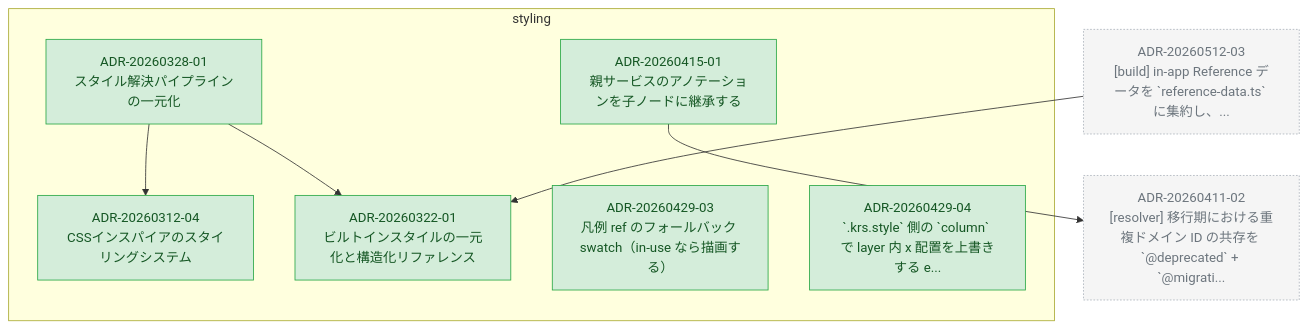
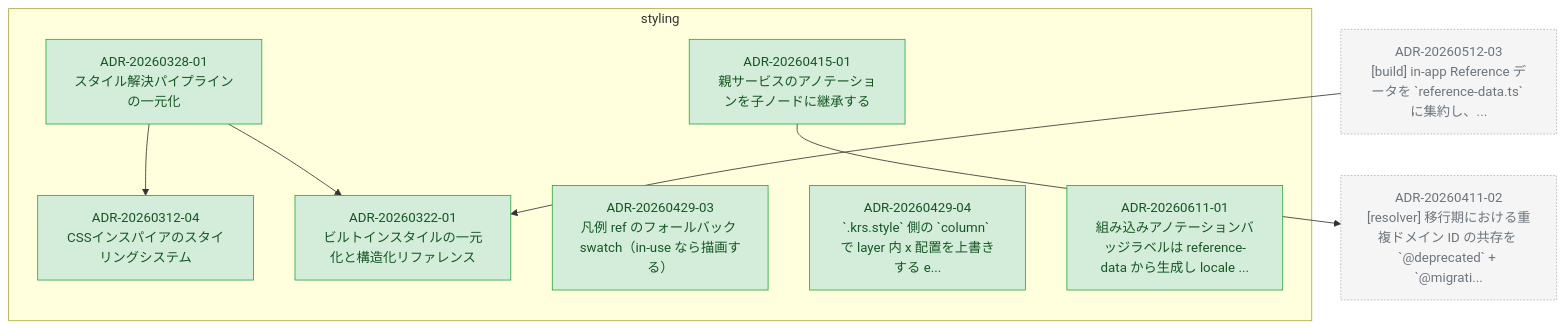
One commit to kompiro/karasu changed the diagram in docs/adr/graph/styling.md. Above: the diagram before and after it, drawn with Mermaid. The commit also changed other lines of this file and 5 other files, not shown here.

````diff
--- a/docs/adr/graph/styling.md
+++ b/docs/adr/graph/styling.md
@@ -6,32 +6,34 @@
 ```mermaid
 flowchart TD
   subgraph styling["styling"]
     ADR_20260312_04["ADR-20260312-04<br/>CSSインスパイアのスタイリングシステム"]
     ADR_20260322_01["ADR-20260322-01<br/>ビルトインスタイルの一元化と構造化リファレンス"]
     ADR_20260328_01["ADR-20260328-01<br/>スタイル解決パイプラインの一元化"]
     ADR_20260415_01["ADR-20260415-01<br/>親サービスのアノテーションを子ノードに継承する"]
     ADR_20260429_03["ADR-20260429-03<br/>凡例 ref のフォールバック swatch（in-use なら描画する）"]
     ADR_20260429_04["ADR-20260429-04<br/>`.krs.style` 側の `column` で layer 内 x 配置を上書きする e..."]
+    ADR_20260611_01["ADR-20260611-01<br/>組み込みアノテーションバッジラベルは reference-data から生成し locale ..."]
   end
   ADR_20260411_02["ADR-20260411-02<br/>[resolver] 移行期における重複ドメイン ID の共存を `@deprecated` + `@migrati..."]
   ADR_20260512_03["ADR-20260512-03<br/>[build] in-app Reference データを `reference-data.ts` に集約し、..."]
   ADR_20260328_01 --> ADR_20260312_04
   ADR_20260328_01 --> ADR_20260322_01
   ADR_20260415_01 --> ADR_20260411_02
   ADR_20260512_03 --> ADR_20260322_01
 
   classDef accepted fill:#d4edda,stroke:#28a745,color:#155724
   classDef proposed fill:#fff3cd,stroke:#ffc107,color:#856404
   classDef deprecated fill:#f8d7da,stroke:#dc3545,color:#721c24
   classDef superseded fill:#e2e3e5,stroke:#6c757d,color:#383d41
   classDef not_adopted fill:#e2e3e5,stroke:#6c757d,color:#383d41,stroke-dasharray:3 3
   classDef ghost fill:#f5f5f5,stroke:#adb5bd,color:#6c757d,stroke-dasharray:2 2
   class ADR_20260312_04 accepted
   class ADR_20260322_01 accepted
   class ADR_20260328_01 accepted
   class ADR_20260415_01 accepted
   class ADR_20260429_03 accepted
   class ADR_20260429_04 accepted
+  class ADR_20260611_01 accepted
   class ADR_20260411_02 ghost
   class ADR_20260512_03 ghost
 ```
````
